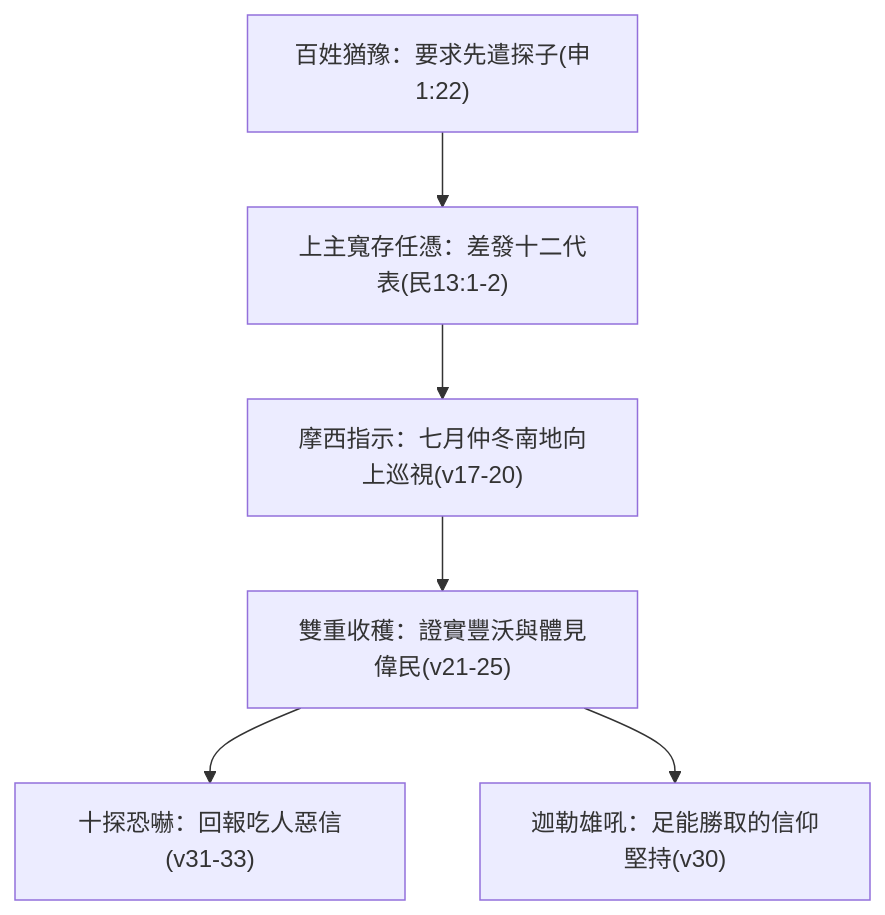
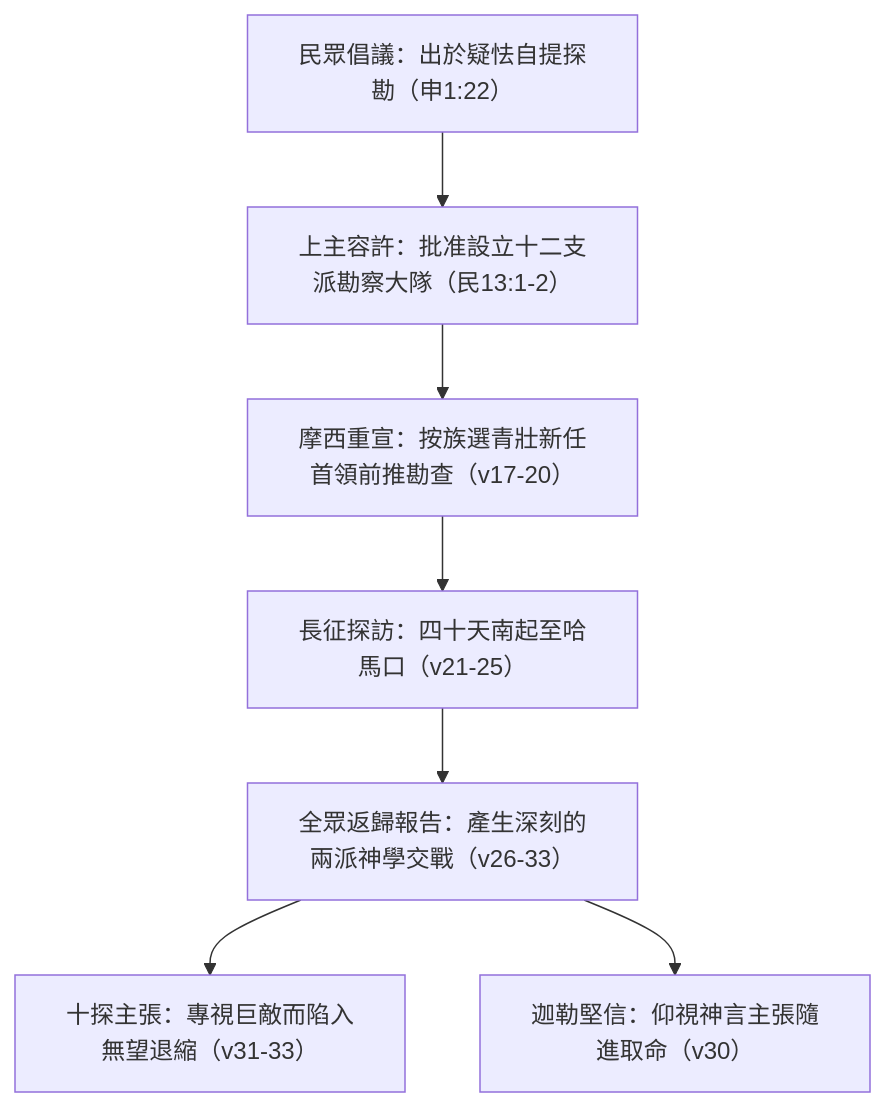
Before and after one commit to andyjr5566/Bible_wiki_zh: the diagram in 04 民數記/第13章.md, drawn with Mermaid. The commit also changed other lines of this file and 26 other files, not shown here.

Commit message:
chore(民數記): 完成第13章內容學術化重構、排除虛華戲劇式詞彙與完備圖表結構

````diff
--- a/04 民數記/第13章.md
+++ b/04 民數記/第13章.md
@@ -87,8 +81,9 @@
 ```mermaid
 flowchart TD
-  A["百姓猶豫：要求先遣探子(申1:22)"] --> B["上主寬存任憑：差發十二代表(民13:1-2)"]
-  B --> C["摩西指示：七月仲冬南地向上巡視(v17-20)"]
-  C --> D["雙重收穫：證實豐沃與體見偉民(v21-25)"]
-  D --> E1["十探恐嚇：回報吃人惡信(v31-33)"]
-  D --> E2["迦勒雄吼：足能勝取的信仰堅持(v30)"]
+    A["民眾倡議：出於疑怯自提探勘（申1:22）"] --> B["上主容許：批准設立十二支派勘察大隊（民13:1-2）"]
+    B --> C["摩西重宣：按族選青壯新任首領前推勘查（v17-20）"]
+    C --> D["長征探訪：四十天南起至哈馬口（v21-25）"]
+    D --> E["全眾返歸報告：產生深刻的兩派神學交戰（v26-33）"]
+    E --> E1["十探主張：專視巨敵而陷入無望退縮（v31-33）"]
+    E --> E2["迦勒堅信：仰視神言主張隨進取命（v30）"]
 ```
````
